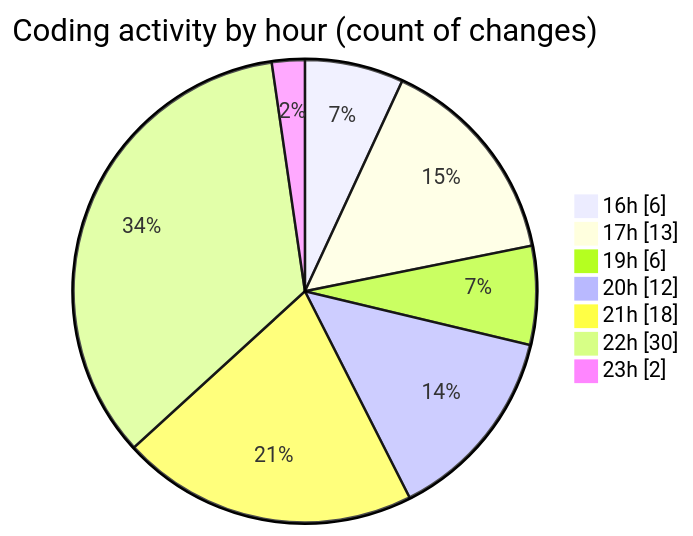
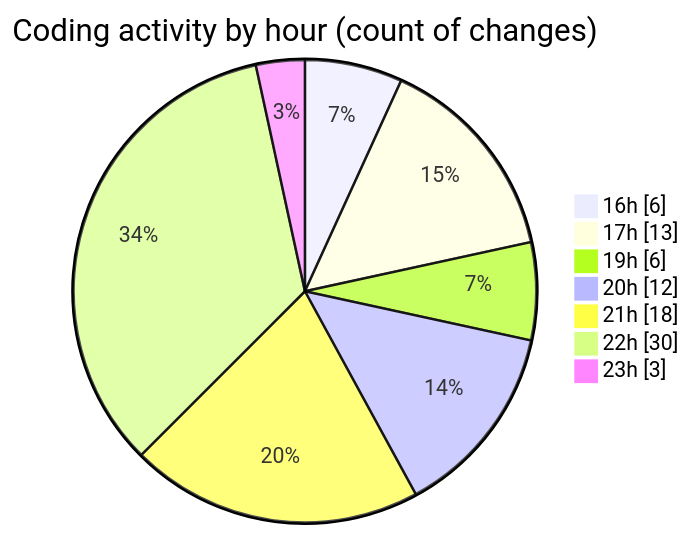
The second of 2 diagrams in 2025-06-22/studio-backend/README.md (idhammustaqopulfikri/code-tracking), drawn with Mermaid before and after one commit. The commit also changed other lines of this file and 1 other file, not shown here.

````diff
--- a/2025-06-22/studio-backend/README.md
+++ b/2025-06-22/studio-backend/README.md
@@ -39,11 +39,11 @@
 ```mermaid
 pie showData
 title Coding activity by hour (count of changes)
 "16h" : 6
 "17h" : 13
 "19h" : 6
 "20h" : 12
 "21h" : 18
 "22h" : 30
-"23h" : 2
+"23h" : 3
 ```
````
